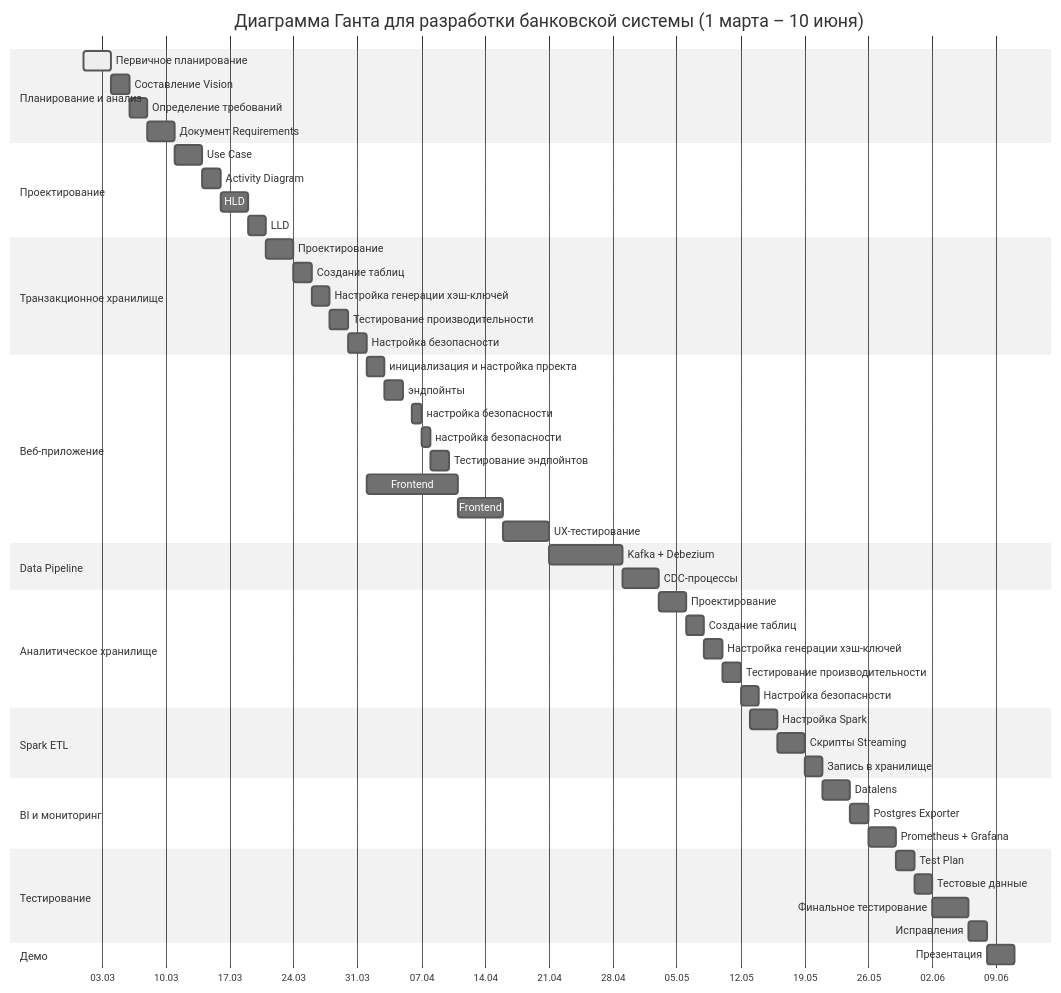
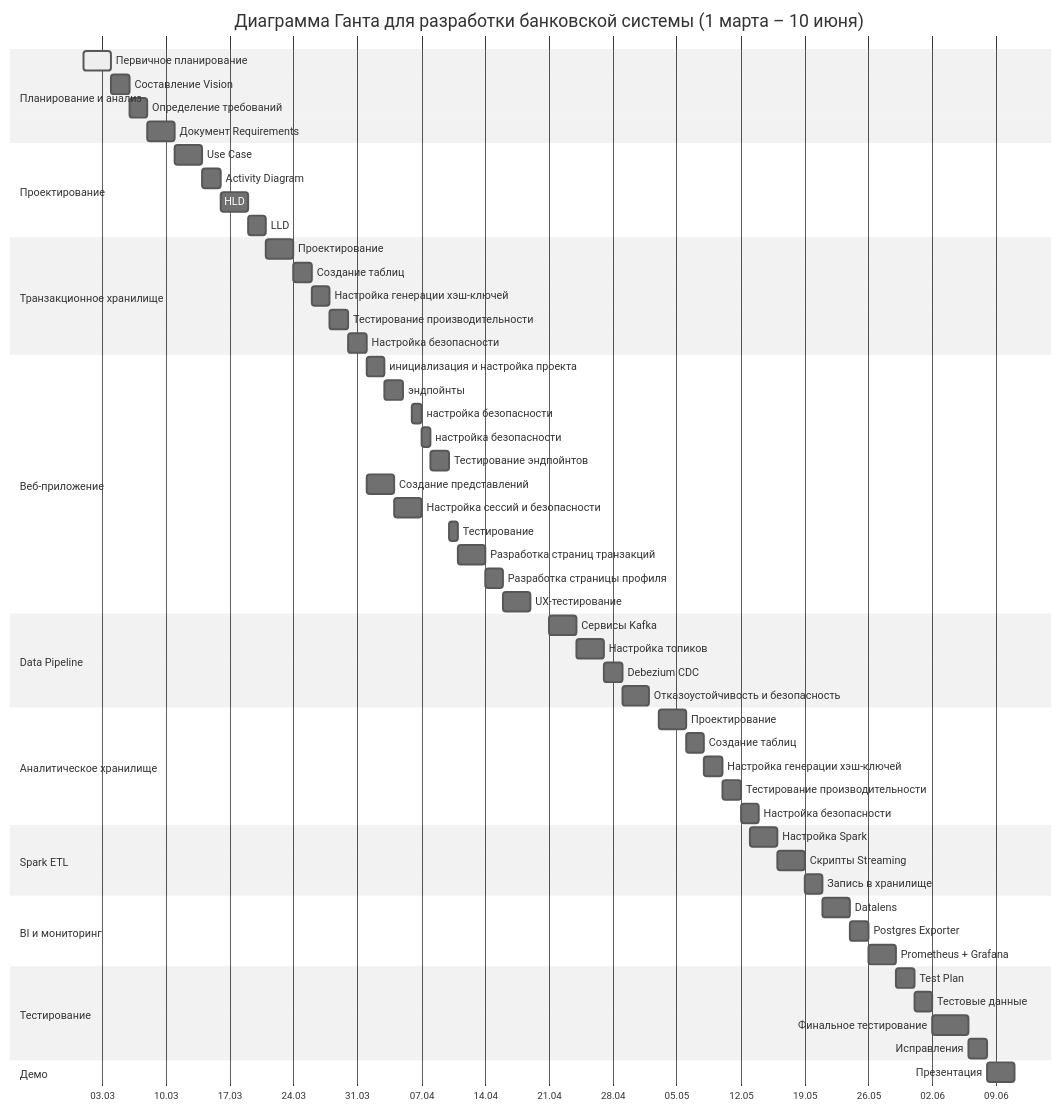
The diagram in README.md (dmitriysmetanin/data-pipeline-ex-1), drawn with Mermaid (neutral theme) before and after one commit.

````diff
--- a/README.md
+++ b/README.md
@@ -50,65 +50,73 @@
 ```mermaid
 gantt
     title Диаграмма Ганта для разработки банковской системы (1 марта – 10 июня)
     dateFormat  YYYY-MM-DD
     axisFormat %d.%m
 
     section Планирование и анализ
     Первичное планирование          :active, p1, 2024-03-01, 3d
     Составление Vision             :p2, after p1, 2d
     Определение требований         :p3, after p2, 2d
     Документ Requirements          :p4, after p3, 3d
 
     section Проектирование
     Use Case                       :2024-03-11, 3d
     Activity Diagram               :2024-03-14, 2d
     HLD                            :2024-03-16, 3d
     LLD                            :2024-03-19, 2d
 
     section Транзакционное хранилище
     Проектирование                 :2024-03-21, 3d
     Создание таблиц                     :2024-03-24, 2d
 Настройка генерации хэш-ключей                     :2024-03-26, 2d
   Тестирование производительности                     :2024-03-28, 2d
     Настройка безопасности    :2024-03-30, 2d
 
     section Веб-приложение
     инициализация и настройка проекта              :2024-04-01, 2d
     эндпойнты              :2024-04-03, 2d
     настройка безопасности              :2024-04-06, 1d
     настройка безопасности              :2024-04-07, 1d
     Тестирование эндпойнтов        :2024-04-08, 2d
-    Frontend: представления        :2024-04-01, 10d
-    Frontend: дизайн               :2024-04-11, 5d
-    UX-тестирование                :2024-04-16, 5d
+    Создание представлений        :2024-04-01, 3d
+Настройка сессий и безопасности        :2024-04-04, 3d
+Тестирование        :2024-04-10, 1d
 
-    section Data Pipeline
-    Kafka + Debezium               :2024-04-21, 8d
-    CDC-процессы                   :2024-04-29, 4d
+
+
+    Разработка страниц транзакций               :2024-04-11, 3d
+    Разработка страницы профиля               :2024-04-14, 2d
+    UX-тестирование                :2024-04-16, 3d
+
+    section Data Pipeline 
+    Сервисы Kafka    :2024-04-21, 3d
+    Настройка топиков     :2024-04-24, 3d
+    Debezium CDC     :2024-04-27, 2d
+    Отказоустойчивость и безопасность :2024-04-29, 3d
 
     section Аналитическое хранилище
     Проектирование                 :2024-05-03, 3d
     Создание таблиц                     :2024-05-06, 2d
 Настройка генерации хэш-ключей                     :2024-05-08, 2d
   Тестирование производительности                     :2024-05-10, 2d
     Настройка безопасности    :2024-05-12, 2d
 
     section Spark ETL
     Настройка Spark                :2024-05-13, 3d
     Скрипты Streaming              :2024-05-16, 3d
     Запись в хранилище             :2024-05-19, 2d
 
     section BI и мониторинг
     Datalens                       :2024-05-21, 3d
     Postgres Exporter              :2024-05-24, 2d
     Prometheus + Grafana           :2024-05-26, 3d
 
     section Тестирование
     Test Plan                      :2024-05-29, 2d
     Тестовые данные                :2024-05-31, 2d
     Финальное тестирование         :2024-06-02, 4d
     Исправления                    :2024-06-06, 2d
 
     section Демо
     Презентация                    :2024-06-08, 3d
 ```
````
